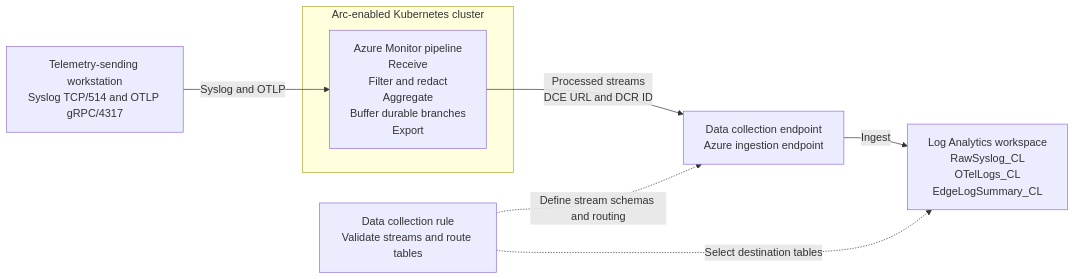
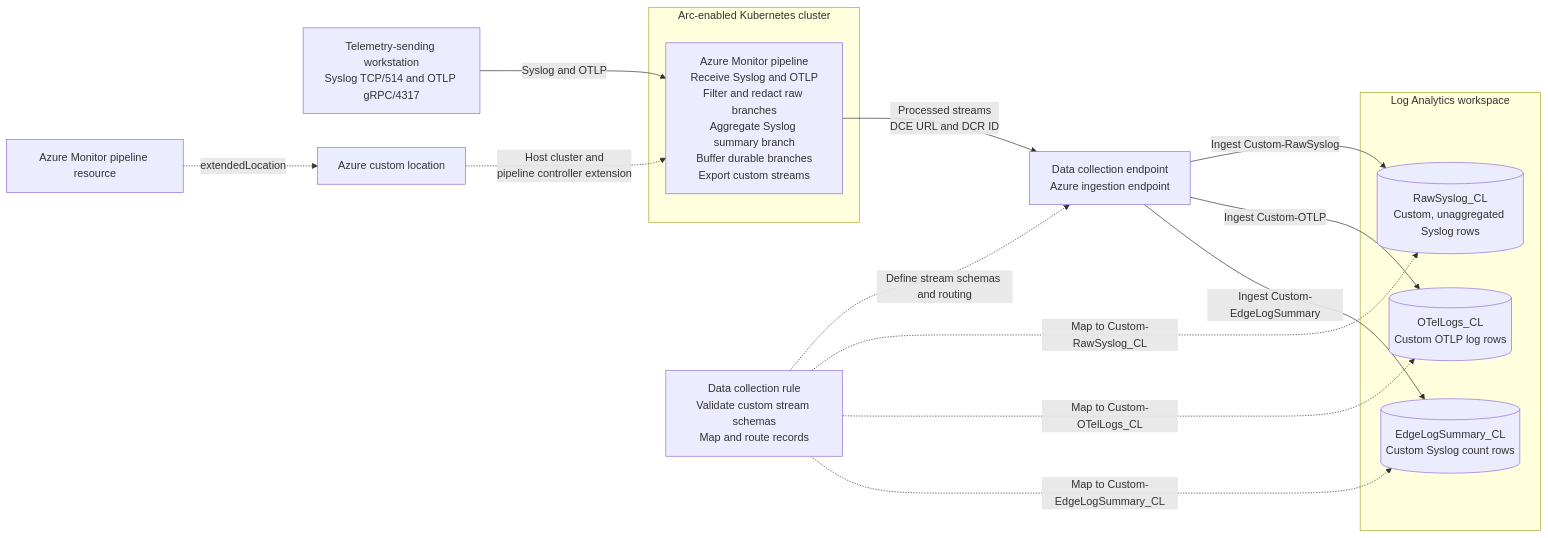
The diagram in docs/demo-guide.md (kasimrehman/azmon-pipeline-demo), drawn with Mermaid before and after one commit. The commit also changed other lines of this file, not shown here.

````diff
--- a/docs/demo-guide.md
+++ b/docs/demo-guide.md
@@ -28,18 +28,32 @@
 ```mermaid
 flowchart LR
    workstation[Telemetry-sending workstation<br/>Syslog TCP/514 and OTLP gRPC/4317]
 
+   pipelineResource[Azure Monitor pipeline resource]
+   customLocation[Azure custom location]
+
    subgraph cluster[Arc-enabled Kubernetes cluster]
-      pipeline[Azure Monitor pipeline<br/>Receive<br/>Filter and redact<br/>Aggregate<br/>Buffer durable branches<br/>Export]
+      pipeline[Azure Monitor pipeline<br/>Receive Syslog and OTLP<br/>Filter and redact raw branches<br/>Aggregate Syslog summary branch<br/>Buffer durable branches<br/>Export custom streams]
    end
 
    dce[Data collection endpoint<br/>Azure ingestion endpoint]
-   dcr[Data collection rule<br/>Validate streams and route tables]
-   law[Log Analytics workspace<br/>RawSyslog_CL<br/>OTelLogs_CL<br/>EdgeLogSummary_CL]
+   dcr[Data collection rule<br/>Validate custom stream schemas<br/>Map and route records]
+
+   subgraph law[Log Analytics workspace]
+      raw[(RawSyslog_CL<br/>Custom, unaggregated Syslog rows)]
+      otlp[(OTelLogs_CL<br/>Custom OTLP log rows)]
+      summary[(EdgeLogSummary_CL<br/>Custom Syslog count rows)]
+   end
 
    workstation -->|Syslog and OTLP| pipeline
    pipeline -->|Processed streams<br/>DCE URL and DCR ID| dce
-   dce -->|Ingest| law
+   pipelineResource -.->|extendedLocation| customLocation
+   customLocation -.->|Host cluster and<br/>pipeline controller extension| pipeline
+   dce -->|Ingest Custom-RawSyslog| raw
+   dce -->|Ingest Custom-OTLP| otlp
+   dce -->|Ingest Custom-EdgeLogSummary| summary
    dcr -.->|Define stream schemas and routing| dce
-   dcr -.->|Select destination tables| law
+   dcr -.->|Map to Custom-RawSyslog_CL| raw
+   dcr -.->|Map to Custom-OTelLogs_CL| otlp
+   dcr -.->|Map to Custom-EdgeLogSummary_CL| summary
 ```
````
